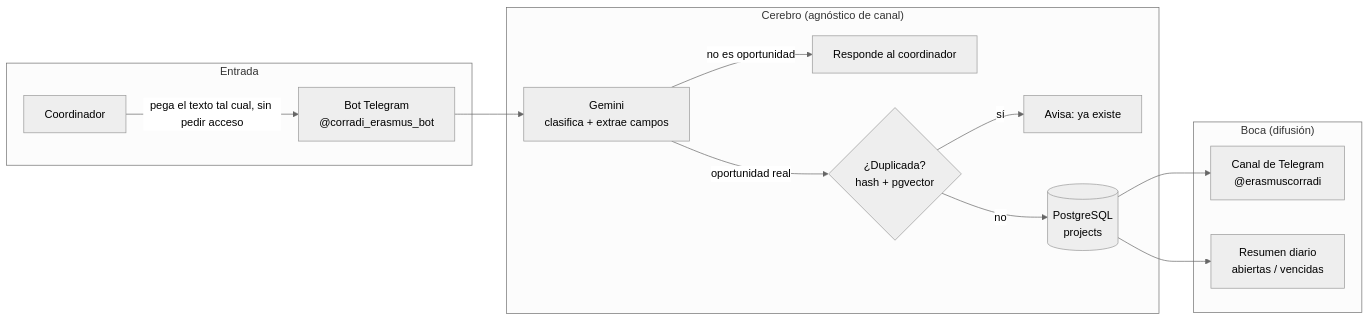
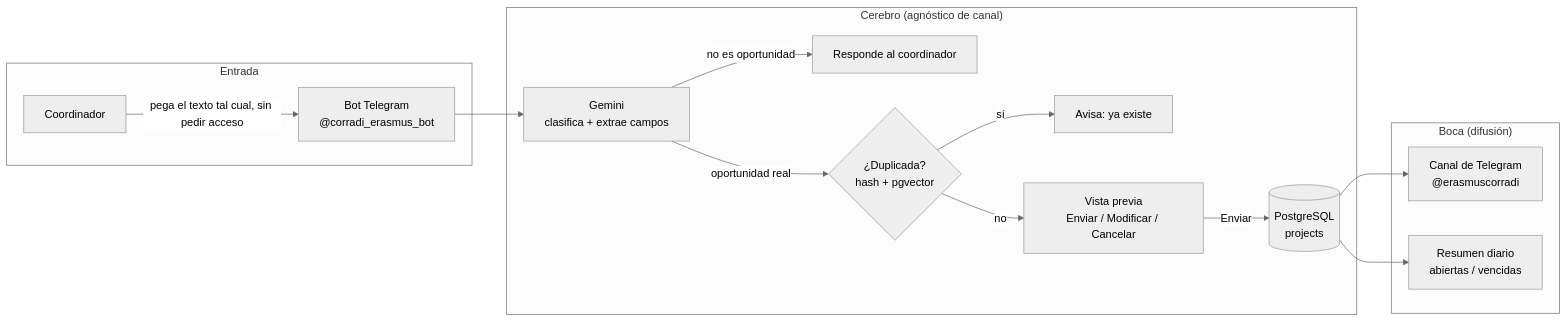
The diagram in README.md (tech809/corradi), drawn with Mermaid (neutral theme) before and after one commit. The commit also changed other lines of this file and 16 other files, not shown here.

````diff
--- a/README.md
+++ b/README.md
@@ -40,19 +40,20 @@
 ```mermaid
 flowchart LR
     subgraph Entrada
         C[Coordinador] -->|pega el texto tal cual, sin pedir acceso| BOT[Bot Telegram\n@corradi_erasmus_bot]
     end
 
     subgraph "Cerebro (agnóstico de canal)"
         BOT --> LLM[Gemini\nclasifica + extrae campos]
         LLM -->|no es oportunidad| REPLY1[Responde al coordinador]
         LLM -->|oportunidad real| DEDUP{¿Duplicada?\nhash + pgvector}
         DEDUP -->|sí| REPLY2[Avisa: ya existe]
-        DEDUP -->|no| DB[(PostgreSQL\nprojects)]
+        DEDUP -->|no| PREVIEW[Vista previa\nEnviar / Modificar / Cancelar]
+        PREVIEW -->|Enviar| DB[(PostgreSQL\nprojects)]
     end
 
     subgraph "Boca (difusión)"
         DB --> PUB[Canal de Telegram\n@erasmuscorradi]
         DB --> SUM[Resumen diario\nabiertas / vencidas]
     end
 ```
````
